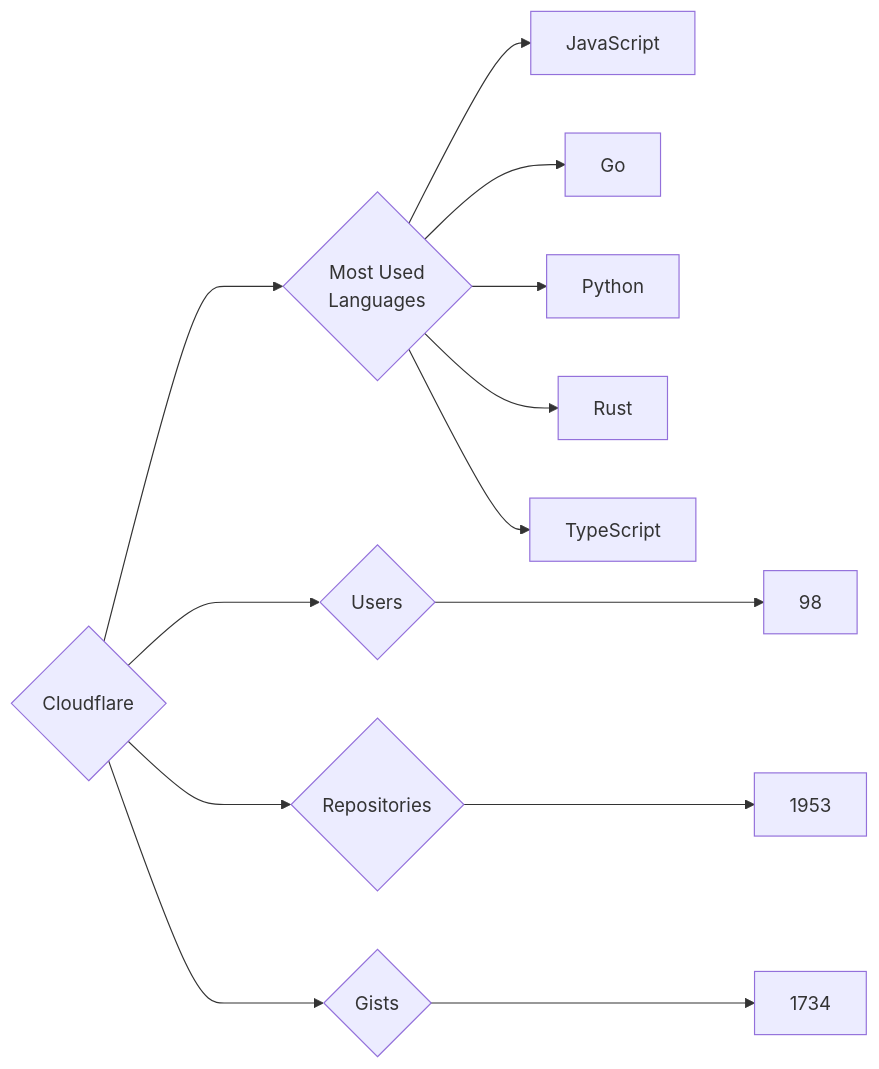
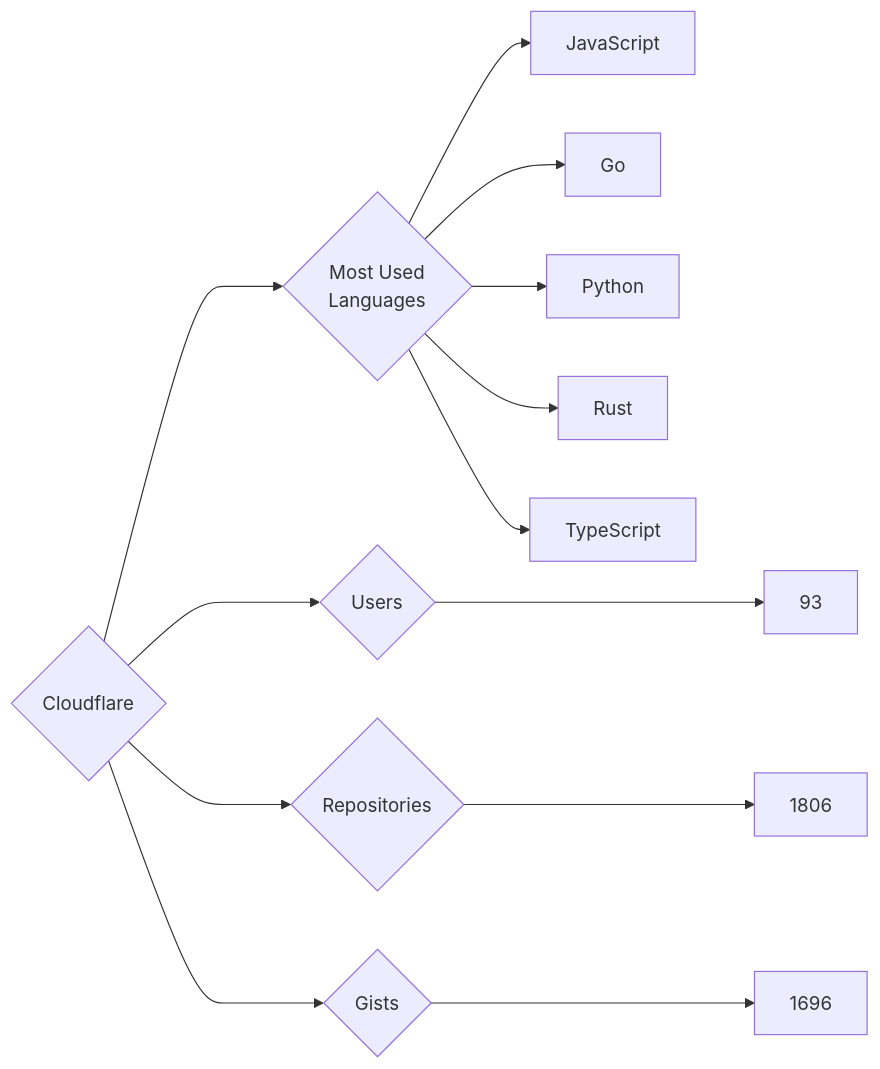
One commit to trickest/insiders changed the diagram in targets/Cloudflare/README.md. Above: the diagram before and after it, drawn with Mermaid. The commit also changed 894 other files, not shown here.

````diff
--- a/targets/Cloudflare/README.md
+++ b/targets/Cloudflare/README.md
@@ -3,13 +3,13 @@
 ```mermaid
 graph LR
 COMPANY_NAME{Cloudflare}
-COMPANY_NAME ---> U{Users} ---> UN[98]
-COMPANY_NAME ---> R{Repositories} ---> RN[1953]
-COMPANY_NAME ---> G{Gists} ---> GN[1734]
+COMPANY_NAME ---> U{Users} ---> UN[93]
+COMPANY_NAME ---> R{Repositories} ---> RN[1806]
+COMPANY_NAME ---> G{Gists} ---> GN[1696]
 COMPANY_NAME ---> ML{Most Used<br>Languages}
 ML --> JavaScript[JavaScript]
 ML --> Go[Go]
 ML --> Python[Python]
 ML --> Rust[Rust]
 ML --> TypeScript[TypeScript]
 ```
````
